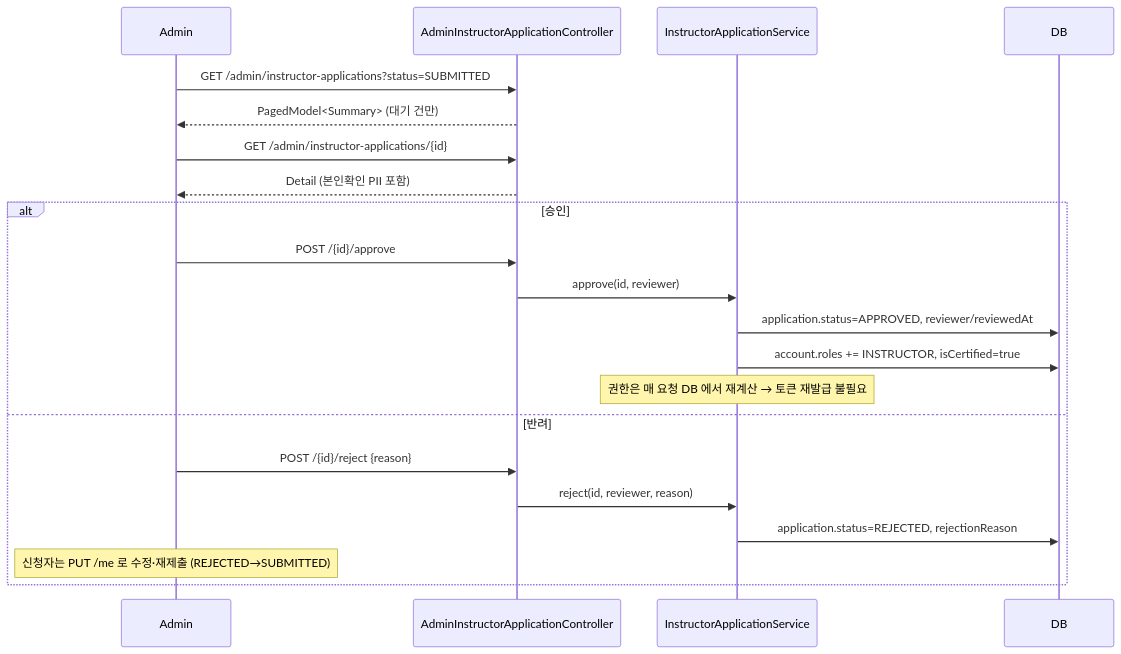
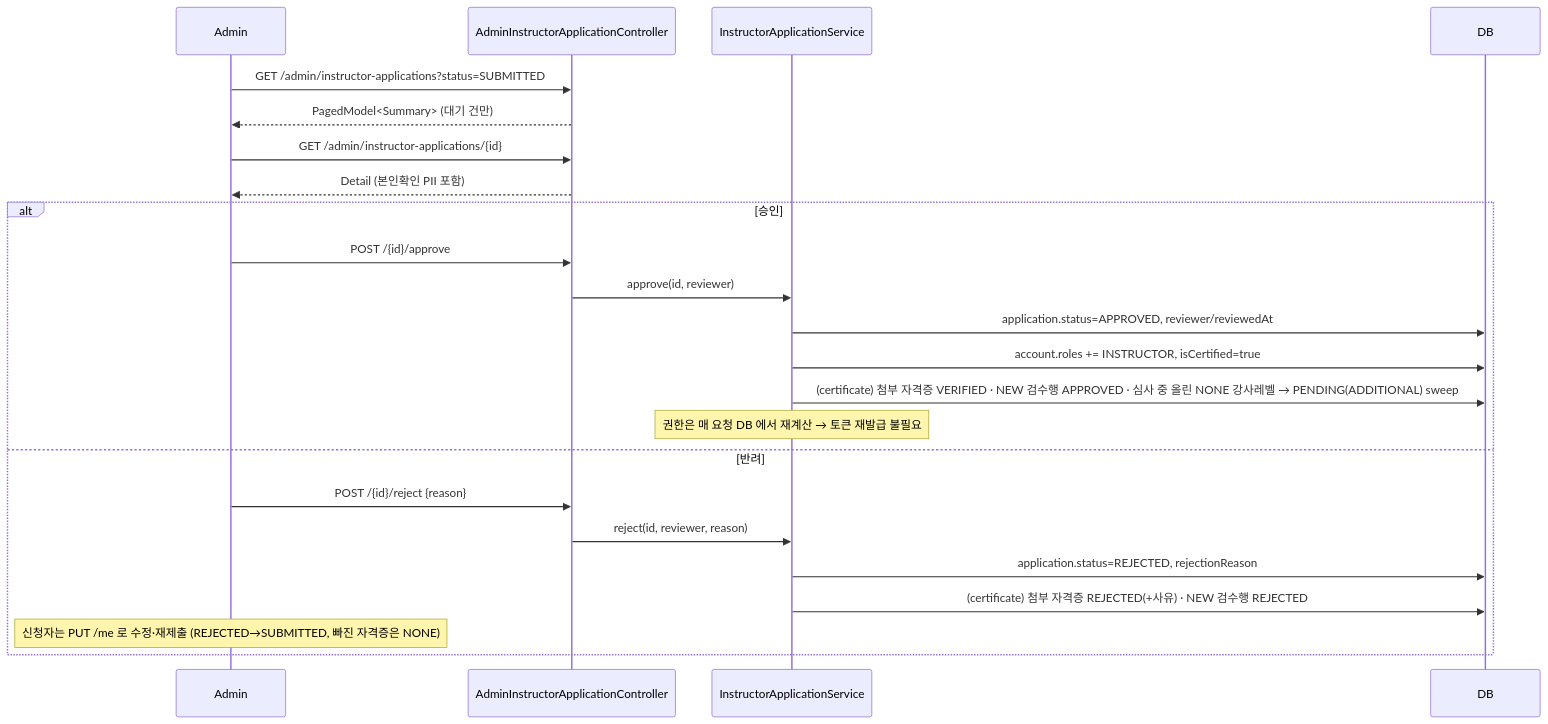
Before and after one commit to pungdong/Pungdong-Backend: the third of 4 diagrams in docs/architecture/instructor-application.md, drawn with Mermaid. The commit also changed other lines of this file and 66 other files, not shown here.

````diff
--- a/docs/architecture/instructor-application.md
+++ b/docs/architecture/instructor-application.md
@@ -109,25 +123,27 @@
 ```mermaid
 sequenceDiagram
     participant Admin
     participant AC as AdminInstructorApplicationController
     participant SVC as InstructorApplicationService
     participant DB
 
     Admin->>AC: GET /admin/instructor-applications?status=SUBMITTED
     AC-->>Admin: PagedModel<Summary> (대기 건만)
     Admin->>AC: GET /admin/instructor-applications/{id}
     AC-->>Admin: Detail (본인확인 PII 포함)
 
     alt 승인
         Admin->>AC: POST /{id}/approve
         AC->>SVC: approve(id, reviewer)
         SVC->>DB: application.status=APPROVED, reviewer/reviewedAt
         SVC->>DB: account.roles += INSTRUCTOR, isCertified=true
+        SVC->>DB: (certificate) 첨부 자격증 VERIFIED · NEW 검수행 APPROVED · 심사 중 올린 NONE 강사레벨 → PENDING(ADDITIONAL) sweep
         Note over SVC: 권한은 매 요청 DB 에서 재계산 → 토큰 재발급 불필요
     else 반려
         Admin->>AC: POST /{id}/reject {reason}
         AC->>SVC: reject(id, reviewer, reason)
         SVC->>DB: application.status=REJECTED, rejectionReason
-        Note over Admin: 신청자는 PUT /me 로 수정·재제출 (REJECTED→SUBMITTED)
+        SVC->>DB: (certificate) 첨부 자격증 REJECTED(+사유) · NEW 검수행 REJECTED
+        Note over Admin: 신청자는 PUT /me 로 수정·재제출 (REJECTED→SUBMITTED, 빠진 자격증은 NONE)
     end
 ```
````
